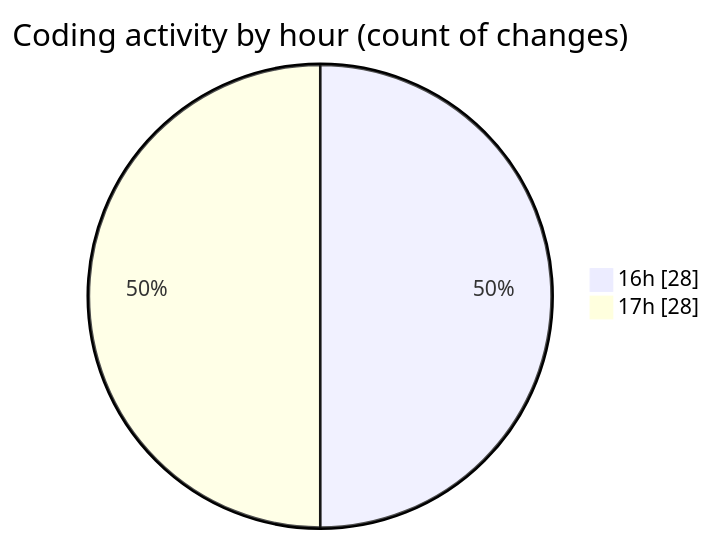
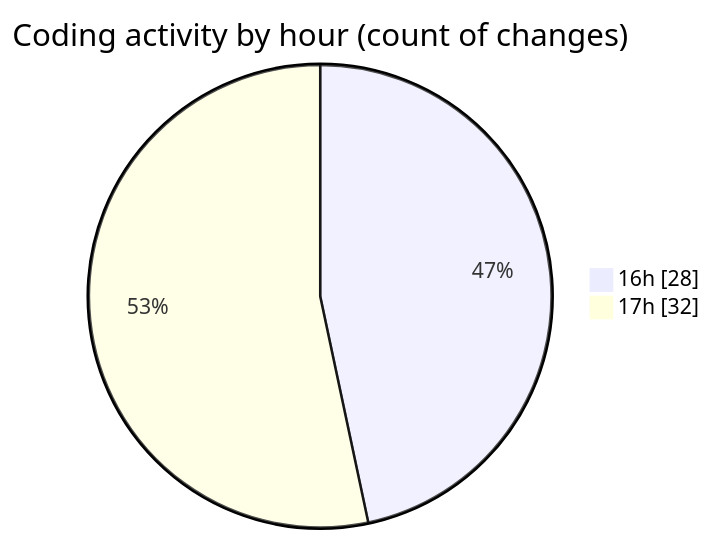
The second of 2 diagrams in 2025-01-15/trackers_app/README.md (donsfak/code-tracking), drawn with Mermaid before and after one commit. The commit also changed other lines of this file and 1 other file, not shown here.

````diff
--- a/2025-01-15/trackers_app/README.md
+++ b/2025-01-15/trackers_app/README.md
@@ -37,6 +38,6 @@
 ```mermaid
 pie showData
 title Coding activity by hour (count of changes)
 "16h" : 28
-"17h" : 28
+"17h" : 32
 ```
````
